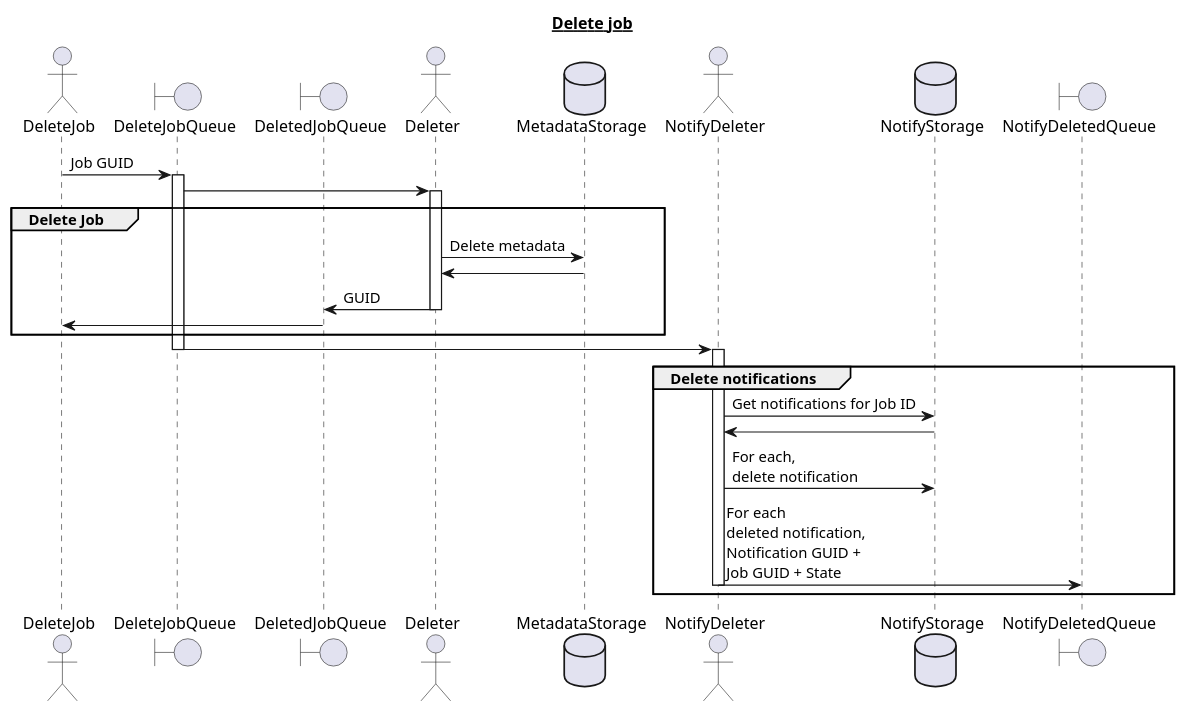
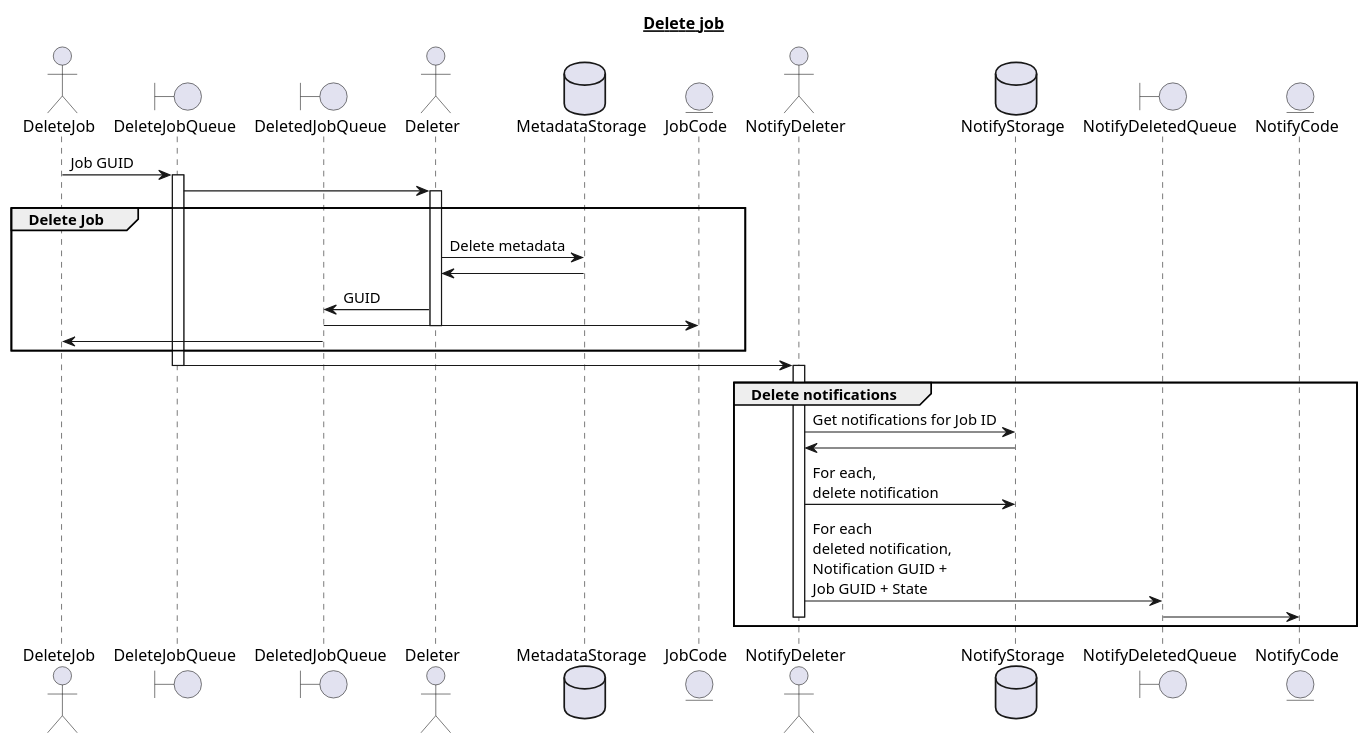
The fifth of 5 diagrams in design.adoc (mvniekerk/tokio-cron-scheduler), drawn with PlantUML before and after one commit. The commit also changed other lines of this file and 5 other files, not shown here.

Commit message:
Simple to code for job code

```diff
--- a/design.adoc
+++ b/design.adoc
@@ -213,38 +216,43 @@
 [plantuml, job_deletion_puml, svg]
 ....
 title __Delete job__
 
 actor       DeleteJob as deleter
 boundary    DeleteJobQueue as deleteQueue
 boundary    DeletedJobQueue as deletedQueue
 actor       Deleter as delete
 database    MetadataStorage  as storage
+entity      JobCode as jobStorage
 actor       NotifyDeleter as notifyDelete
 database    NotifyStorage as notifyStorage
 boundary    NotifyDeletedQueue as notifyDeleted
+entity      NotifyCode as notifyCode
 
 deleter -> deleteQueue  : Job GUID
 activate deleteQueue
 deleteQueue -> delete
 activate delete
 
 group Delete Job
     delete -> storage : Delete metadata
     storage -> delete
     delete -> deletedQueue : GUID
+    deletedQueue -> jobStorage
     deactivate delete
     deletedQueue -> deleter
 end
 
 deleteQueue -> notifyDelete
 deactivate deleteQueue
 group Delete notifications
     activate notifyDelete
     notifyDelete -> notifyStorage : Get notifications for Job ID
     notifyStorage -> notifyDelete
     notifyDelete -> notifyStorage : For each,\ndelete notification
     notifyDelete -> notifyDeleted : For each\ndeleted notification,\nNotification GUID +\nJob GUID + State
+    notifyDeleted -> notifyCode
     deactivate notifyDelete
 end
 
+
 ....
```
